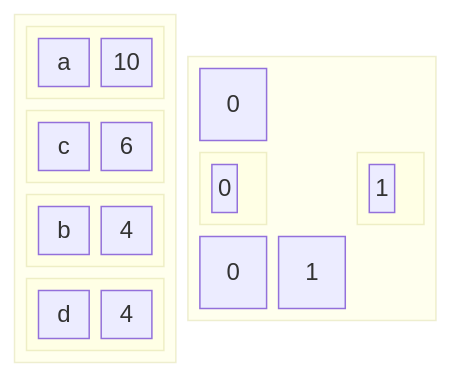
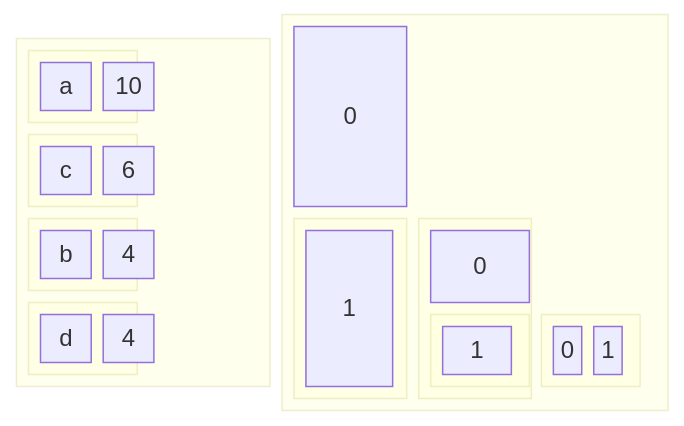
The ninth of 9 diagrams in Assuntos/compressao.md (BenhurUFSM/pod26b), drawn with Mermaid before and after one commit.

````diff
--- a/Assuntos/compressao.md
+++ b/Assuntos/compressao.md
@@ -210,37 +210,42 @@
 ```mermaid
 block
   columns 5
   block:b0:2
     columns 2
-    block:b1:2
+    block:b01:2
       columns 2
       c1["a"] v1["10"]
     end
-    block:b2:2
+    block:b02:2
       columns 2
       c2["c"] v2["6"]
     end
-    block:b3:2
+    block:b03:2
       columns 2
       c3["b"] v3["4"]
     end
-    block:b4:2
+    block:b04:2
       columns 2
       c4["d"] v4["4"]
     end
   end
 
-  block:b10:3
+  block:b1:3
     columns 3
     d0["0"] space:2
-    block:b11:1
-      d11["1"]
+    block:b10:1
+      d10["1"]
     end
-    d11["0"] space
-    block:b21:1
-      d210["1"]
+    block:b11:2
+      columns 2
+      d11["0"] space
+      block:b21:1
+        d210["1"]
+      end
+      block:b22:1
+        d31["0"]
+        d32["1"]
+      end
     end
-    d31["0"]
-    d32["1"]
   end
 ```
````
